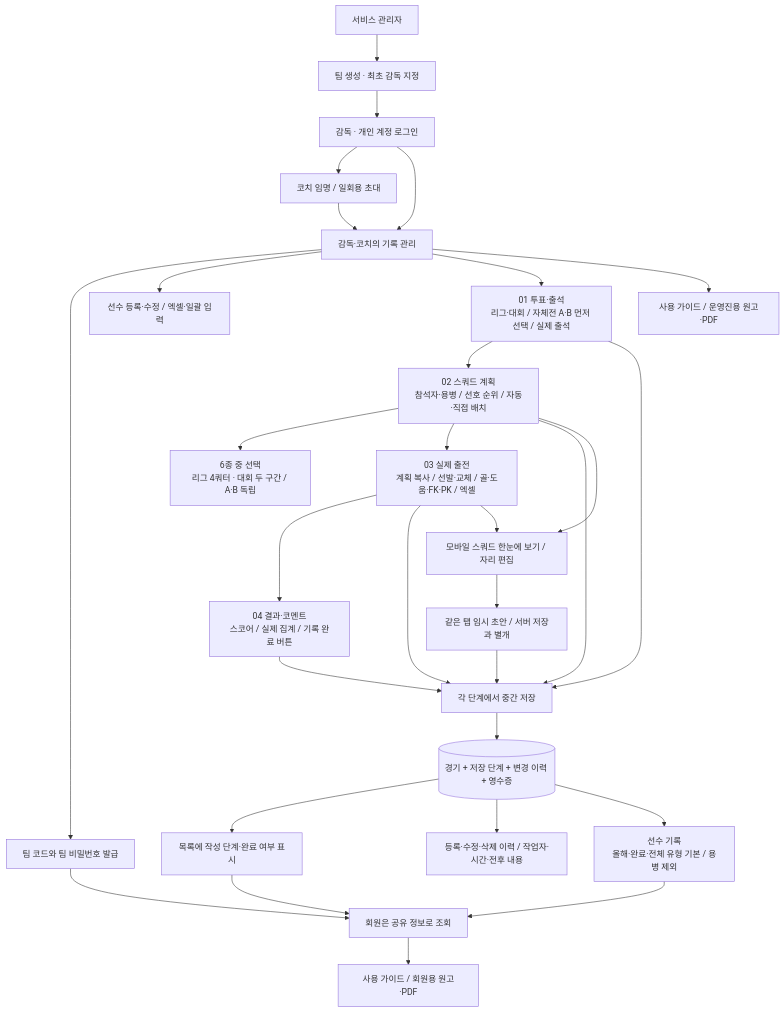
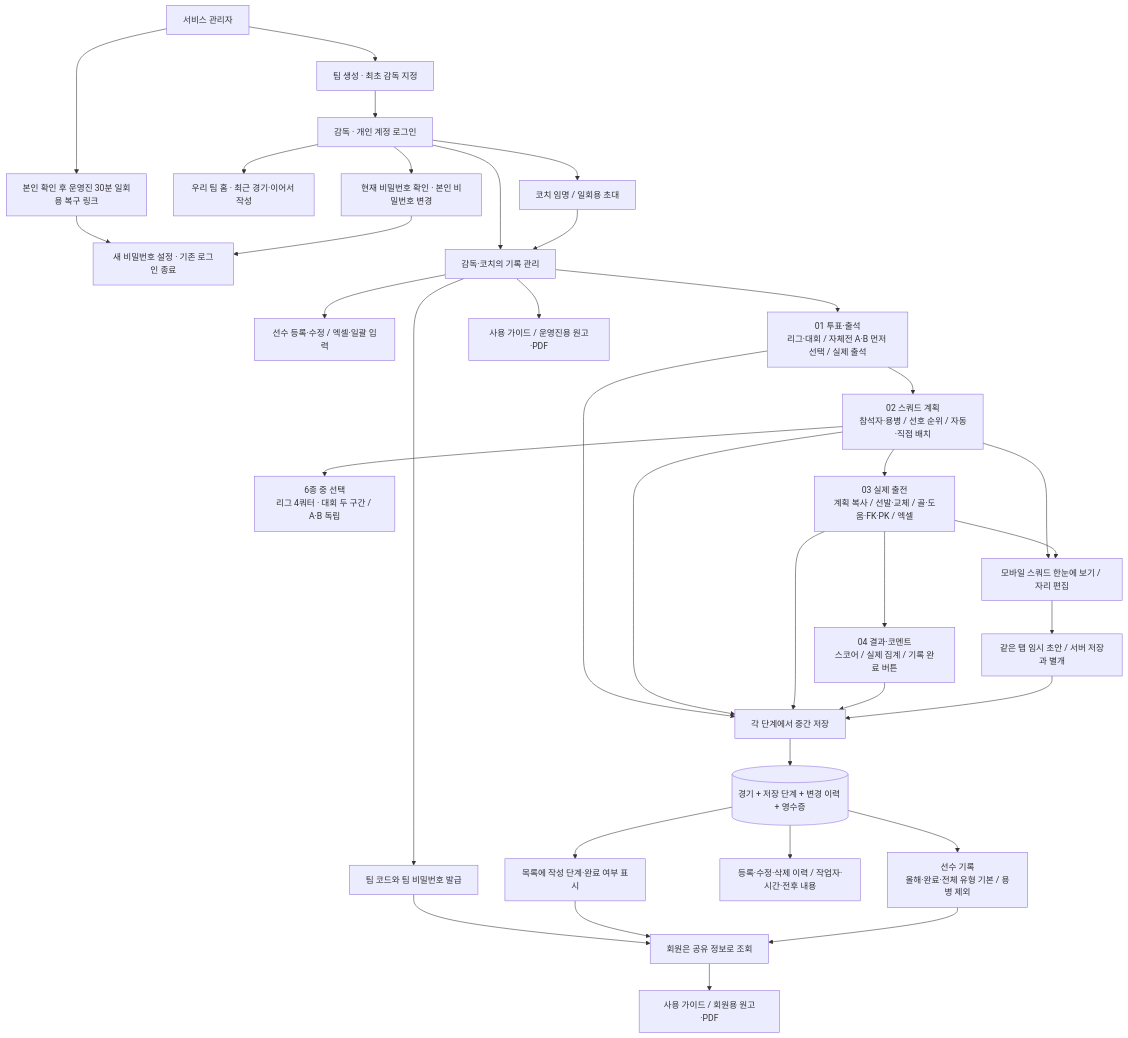
Before and after one commit to ksmlucky/jochook-on: the second of 4 diagrams in docs/system-overview.md, drawn with Mermaid. The commit also changed other lines of this file and 35 other files, not shown here.

````diff
--- a/docs/system-overview.md
+++ b/docs/system-overview.md
@@ -74,32 +74,37 @@
 ```mermaid
 flowchart TD
     SA[서비스 관리자] --> T[팀 생성 · 최초 감독 지정]
     T --> DR[감독 · 개인 계정 로그인]
+    SA --> RECOVER[본인 확인 후 운영진 30분 일회용 복구 링크]
+    RECOVER --> NEWPW[새 비밀번호 설정 · 기존 로그인 종료]
+    DR --> HOME[우리 팀 홈 · 최근 경기·이어서 작성]
+    DR --> CHANGEPW[현재 비밀번호 확인 · 본인 비밀번호 변경]
+    CHANGEPW --> NEWPW
     DR --> CO[코치 임명 / 일회용 초대]
     DR --> OP[감독·코치의 기록 관리]
     CO --> OP
     OP --> CODE[팀 코드와 팀 비밀번호 발급]
     CODE --> MEMBER[회원은 공유 정보로 조회]
     OP --> P[선수 등록·수정 / 엑셀·일괄 입력]
     OP --> S1["01 투표·출석<br/>리그·대회 / 자체전 A·B 먼저 선택 / 실제 출석"]
     S1 --> S2["02 스쿼드 계획<br/>참석자·용병 / 선호 순위 / 자동·직접 배치"]
     S2 --> FORM["6종 중 선택<br/>리그 4쿼터 · 대회 두 구간 / A·B 독립"]
     S2 --> S3["03 실제 출전<br/>계획 복사 / 선발·교체 / 골·도움·FK·PK / 엑셀"]
     S3 --> S4["04 결과·코멘트<br/>스코어 / 실제 집계 / 기록 완료 버튼"]
     S1 --> SAVE[각 단계에서 중간 저장]
     S2 --> SAVE
     S3 --> SAVE
     S4 --> SAVE
     S2 --> BOARD[모바일 스쿼드 한눈에 보기 / 자리 편집]
     S3 --> BOARD
     BOARD --> DRAFT[같은 탭 임시 초안 / 서버 저장과 별개]
     DRAFT --> SAVE
     SAVE --> DB[(경기 + 저장 단계 + 변경 이력 + 영수증)]
     DB --> LIST[목록에 작성 단계·완료 여부 표시]
     DB --> HISTORY[등록·수정·삭제 이력 / 작업자·시간·전후 내용]
     DB --> STATS["선수 기록<br/>올해·완료·전체 유형 기본 / 용병 제외"]
     LIST --> MEMBER
     STATS --> MEMBER
     MEMBER --> GUIDE[사용 가이드 / 회원용 원고·PDF]
     OP --> STAFFGUIDE[사용 가이드 / 운영진용 원고·PDF]
 ```
````
